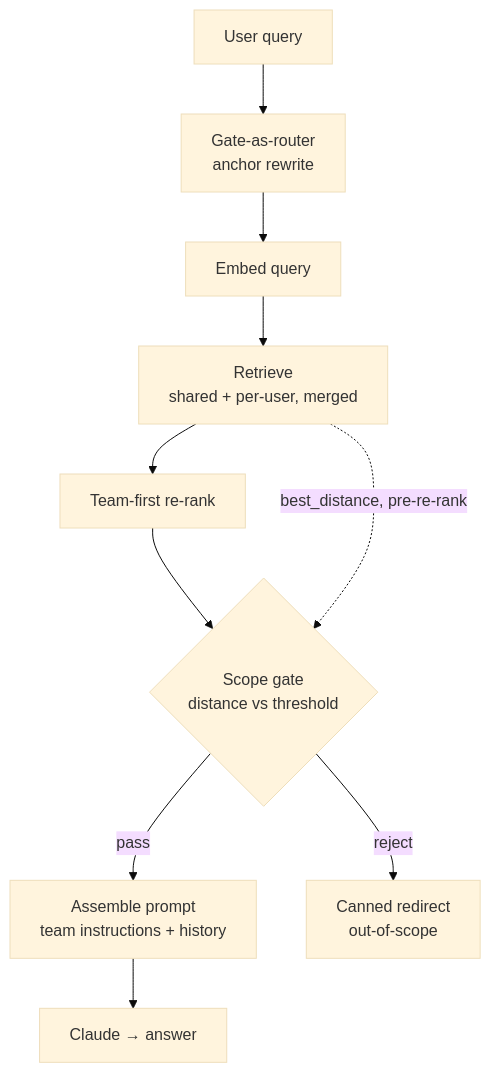
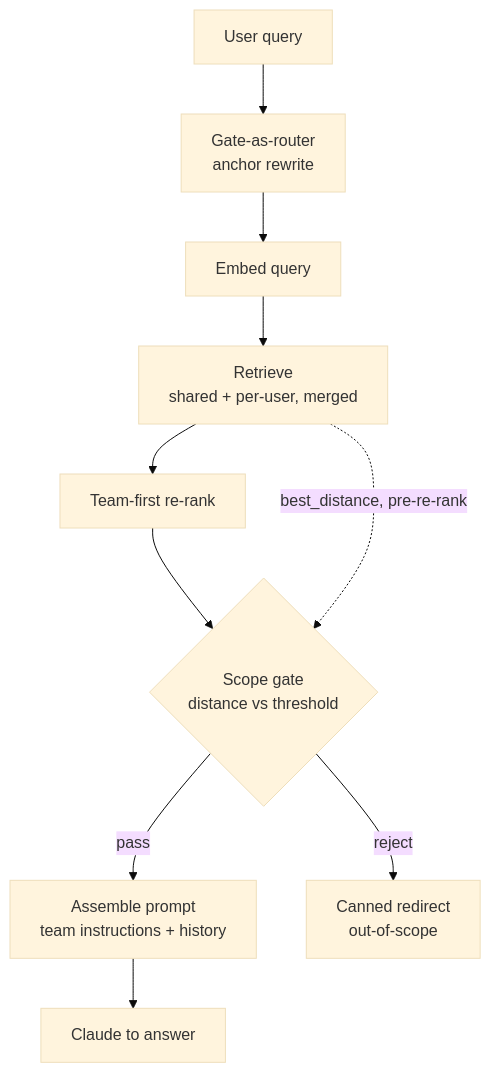
Before and after one commit to 412-Raghav/IGLA-ai: the diagram in README.md, drawn with Mermaid (base theme). The commit also changed other lines of this file, not shown here.

````diff
--- a/README.md
+++ b/README.md
@@ -25,12 +25,12 @@
 ```mermaid
 flowchart TD
     Q[User query] --> R1[Gate-as-router<br/>anchor rewrite]
     R1 --> E[Embed query]
     E --> RET[Retrieve<br/>shared + per-user, merged]
     RET --> RR[Team-first re-rank]
     RR --> SG{Scope gate<br/>distance vs threshold}
     RET -. best_distance, pre-re-rank .-> SG
     SG -- pass --> AP[Assemble prompt<br/>team instructions + history]
-    AP --> C[Claude → answer]
+    AP --> C[Claude to answer]
     SG -- reject --> RJ[Canned redirect<br/>out-of-scope]
 ```
````
